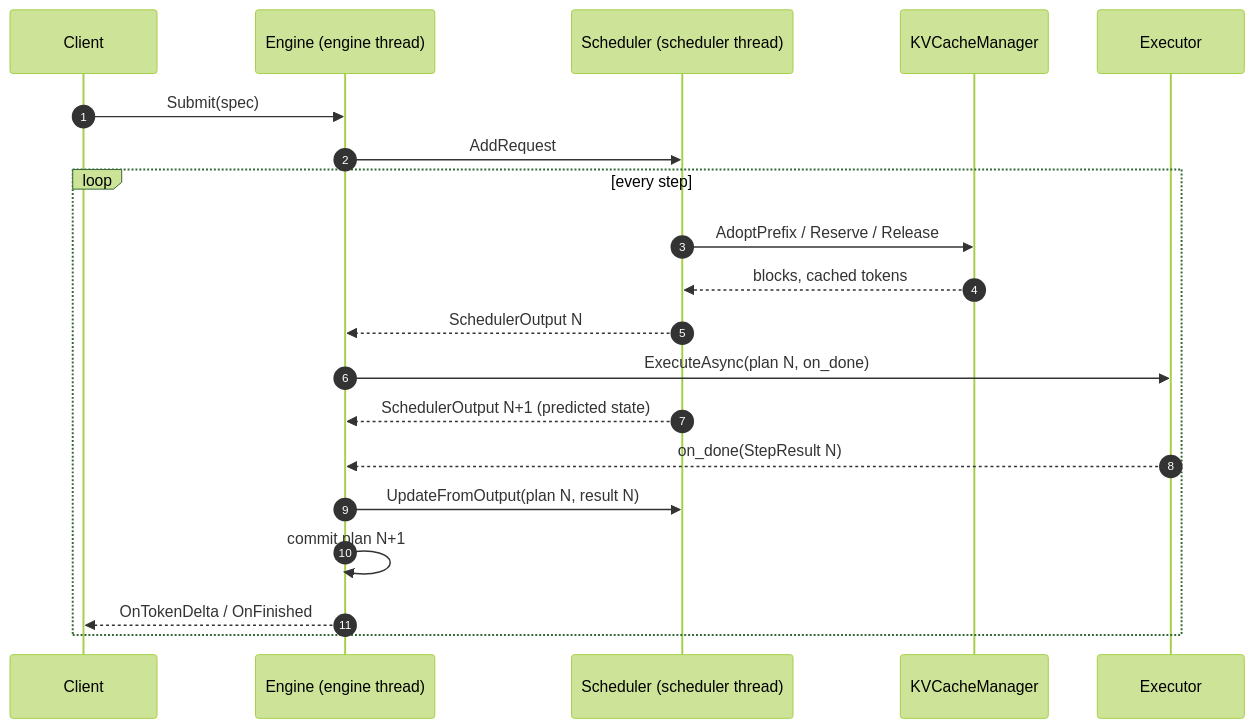
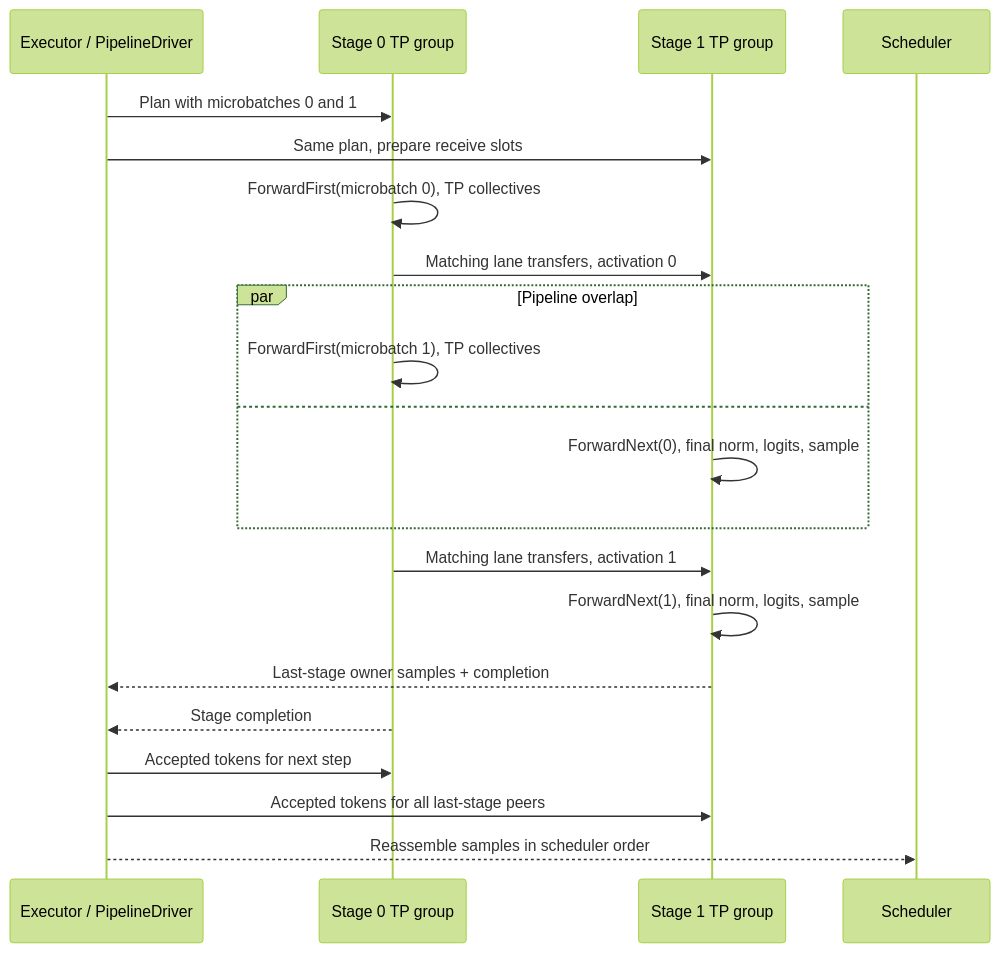
Before and after one commit to divedb/InferX: the fourth of 8 diagrams in docs/executor.md, drawn with Mermaid (forest theme). The commit also changed other lines of this file and 1761 other files, not shown here.

````diff
--- a/docs/executor.md
+++ b/docs/executor.md
@@ -873,23 +490,23 @@
 ```mermaid
 sequenceDiagram
-    autonumber
-    participant C as Client
-    participant E as Engine (engine thread)
-    participant S as Scheduler (scheduler thread)
-    participant KV as KVCacheManager
-    participant X as Executor
-
-    C->>E: Submit(spec)
-    E->>S: AddRequest
-    loop every step
-        S->>KV: AdoptPrefix / Reserve / Release
-        KV-->>S: blocks, cached tokens
-        S-->>E: SchedulerOutput N
-        E->>X: ExecuteAsync(plan N, on_done)
-        S-->>E: SchedulerOutput N+1 (predicted state)
-        X-->>E: on_done(StepResult N)
-        E->>S: UpdateFromOutput(plan N, result N)
-        E->>E: commit plan N+1
-        E-->>C: OnTokenDelta / OnFinished
+    participant E as Executor / PipelineDriver
+    participant A as Stage 0 TP group
+    participant B as Stage 1 TP group
+    participant S as Scheduler
+    E->>A: Plan with microbatches 0 and 1
+    E->>B: Same plan, prepare receive slots
+    A->>A: ForwardFirst(microbatch 0), TP collectives
+    A->>B: Matching lane transfers, activation 0
+    par Pipeline overlap
+        A->>A: ForwardFirst(microbatch 1), TP collectives
+    and
+        B->>B: ForwardNext(0), final norm, logits, sample
     end
+    A->>B: Matching lane transfers, activation 1
+    B->>B: ForwardNext(1), final norm, logits, sample
+    B-->>E: Last-stage owner samples + completion
+    A-->>E: Stage completion
+    E->>A: Accepted tokens for next step
+    E->>B: Accepted tokens for all last-stage peers
+    E-->>S: Reassemble samples in scheduler order
 ```
````
